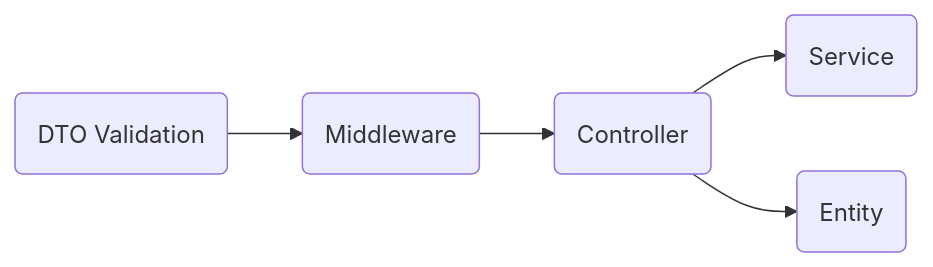
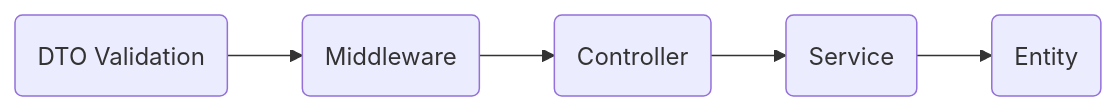
The diagram in README.md (mv0409/express-app-boilerplate), drawn with Mermaid before and after one commit.

````diff
--- a/README.md
+++ b/README.md
@@ -7,9 +7,9 @@
 ```mermaid
 graph LR
 A(DTO Validation)
 A --> B(Middleware)
 B --> C(Controller)
 C --> D(Service)
-C --> E(Entity)
+D --> E(Entity)
 
 ```
````
